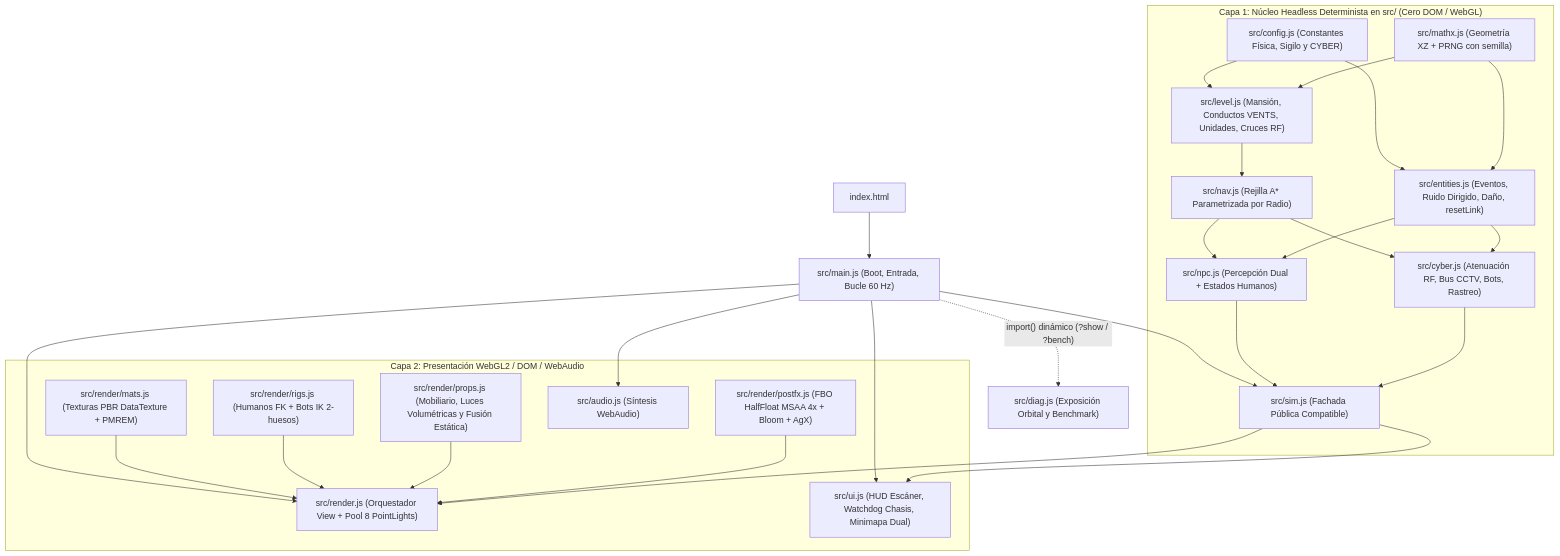
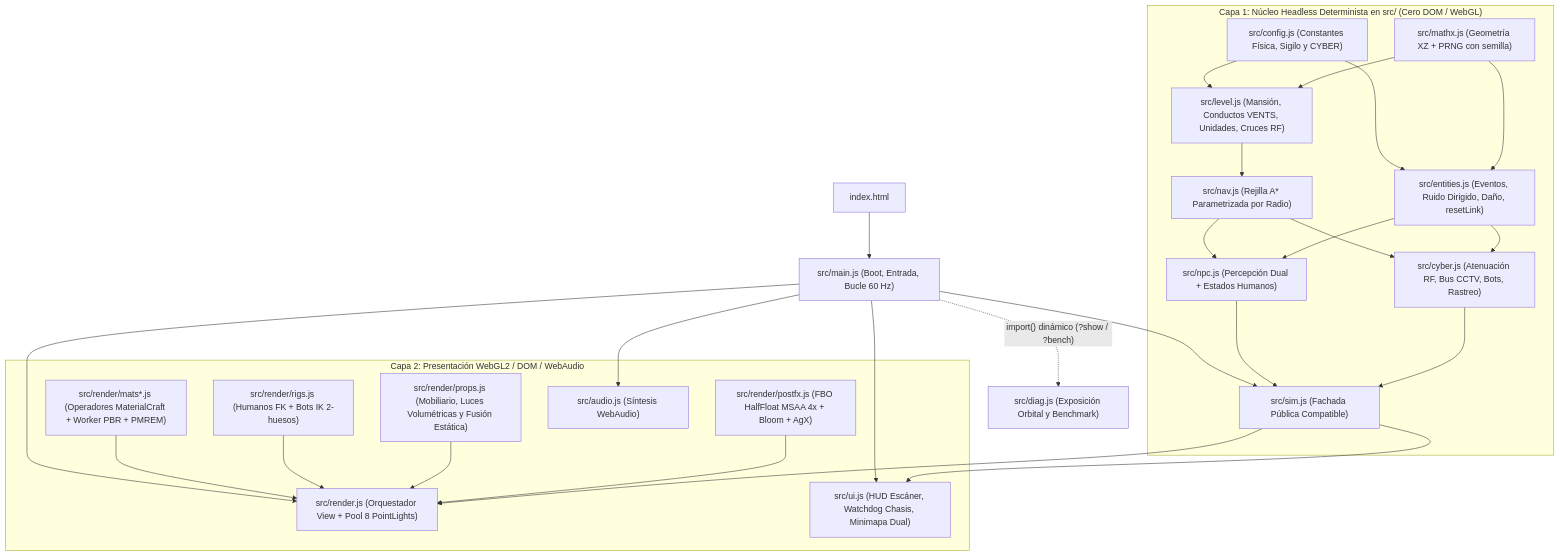
The diagram in docs/designs/silent_protocol_2_pbr_cyber.md (MauricioPerera/silent-protocol), drawn with Mermaid before and after one commit. The commit also changed other lines of this file and 11 other files, not shown here.

Commit message:
feat(render): port MaterialCraft PBR operators with 1024x1024 Web Worker progressive bake

````diff
--- a/docs/designs/silent_protocol_2_pbr_cyber.md
+++ b/docs/designs/silent_protocol_2_pbr_cyber.md
@@ -81,48 +81,48 @@
 ```mermaid
 flowchart TD
   HTML["index.html"] --> MAIN["src/main.js (Boot, Entrada, Bucle 60 Hz)"]
   MAIN -. "import() dinámico (?show / ?bench)" .-> DIAG["src/diag.js (Exposición Orbital y Benchmark)"]
 
   subgraph CoreHeadless["Capa 1: Núcleo Headless Determinista en src/ (Cero DOM / WebGL)"]
     CFG["src/config.js (Constantes Física, Sigilo y CYBER)"]
     MATH["src/mathx.js (Geometría XZ + PRNG con semilla)"]
     LVL["src/level.js (Mansión, Conductos VENTS, Unidades, Cruces RF)"]
     NAV["src/nav.js (Rejilla A* Parametrizada por Radio)"]
     ENT["src/entities.js (Eventos, Ruido Dirigido, Daño, resetLink)"]
     CYB["src/cyber.js (Atenuación RF, Bus CCTV, Bots, Rastreo)"]
     NPC["src/npc.js (Percepción Dual + Estados Humanos)"]
     SIM["src/sim.js (Fachada Pública Compatible)"]
   end
 
   subgraph ClientBrowser["Capa 2: Presentación WebGL2 / DOM / WebAudio"]
-    MATS["src/render/mats.js (Texturas PBR DataTexture + PMREM)"]
+    MATS["src/render/mats*.js (Operadores MaterialCraft + Worker PBR + PMREM)"]
     RIGS["src/render/rigs.js (Humanos FK + Bots IK 2-huesos)"]
     PROPS["src/render/props.js (Mobiliario, Luces Volumétricas y Fusión Estática)"]
     POST["src/render/postfx.js (FBO HalfFloat MSAA 4x + Bloom + AgX)"]
     VIEW["src/render.js (Orquestador View + Pool 8 PointLights)"]
     UI["src/ui.js (HUD Escáner, Watchdog Chasis, Minimapa Dual)"]
     AUD["src/audio.js (Síntesis WebAudio)"]
   end
 
   MAIN --> SIM
   MAIN --> VIEW
   MAIN --> UI
   MAIN --> AUD
   CFG --> LVL
   MATH --> LVL
   LVL --> NAV
   CFG --> ENT
   MATH --> ENT
   NAV --> NPC
   ENT --> NPC
   NAV --> CYB
   ENT --> CYB
   NPC --> SIM
   CYB --> SIM
   MATS --> VIEW
   RIGS --> VIEW
   PROPS --> VIEW
   POST --> VIEW
   SIM --> VIEW
   SIM --> UI
 ```
````
